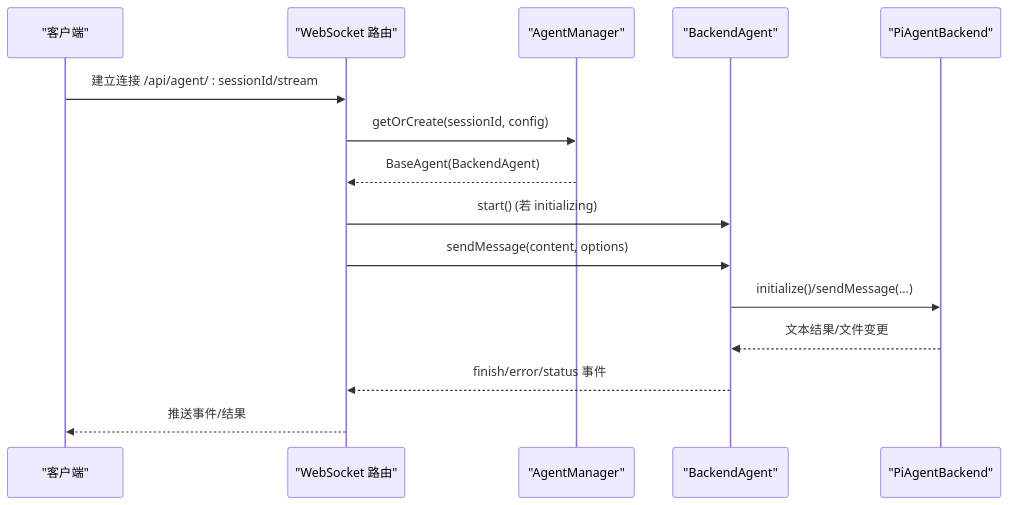
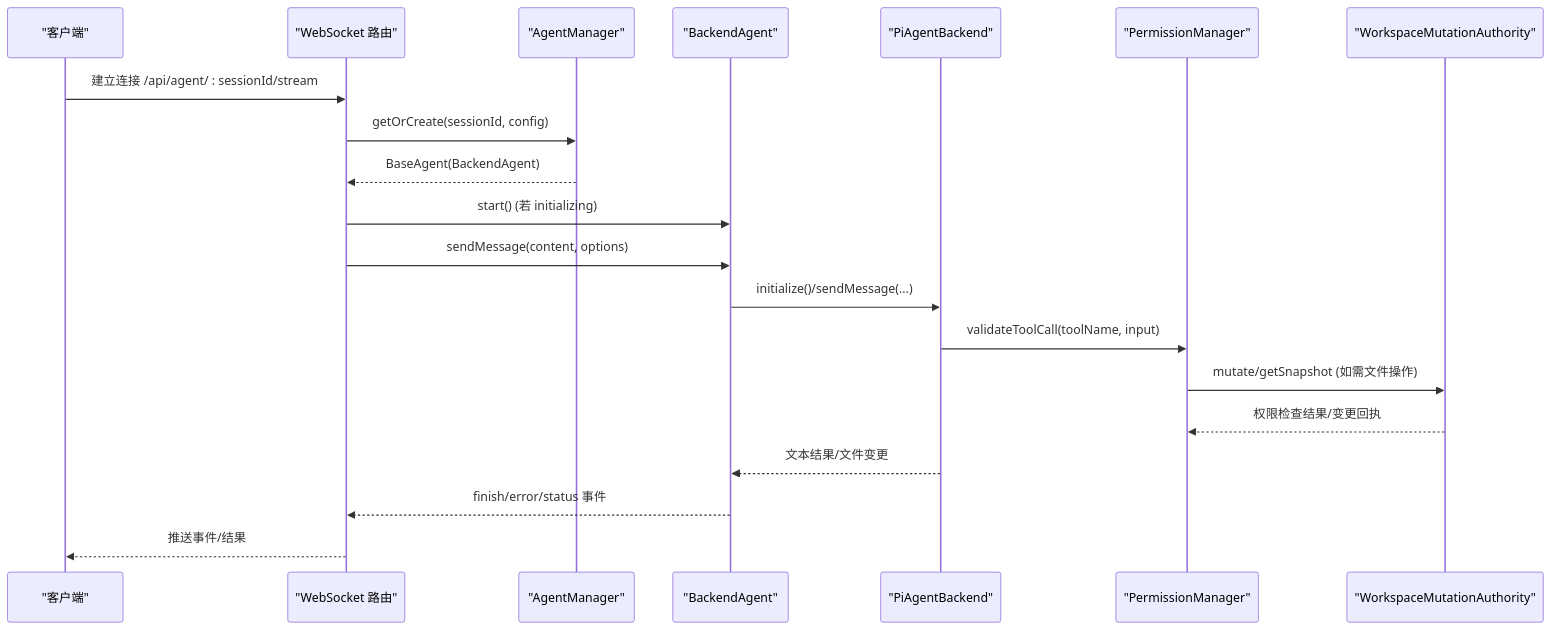
Before and after one commit to qihaogithub/workbench: the second of 9 diagrams in .qoder/repowiki/zh/content/核心服务/Agent 服务/Agent 服务.md, drawn with Mermaid. The commit also changed other lines of this file and 448 other files, not shown here.

````diff
--- a/.qoder/repowiki/zh/content/核心服务/Agent 服务/Agent 服务.md
+++ b/.qoder/repowiki/zh/content/核心服务/Agent 服务/Agent 服务.md
@@ -113,17 +136,22 @@
 ```mermaid
 sequenceDiagram
 participant C as "客户端"
 participant WS as "WebSocket 路由"
 participant AM as "AgentManager"
 participant BA as "BackendAgent"
 participant PI as "PiAgentBackend"
+participant PM as "PermissionManager"
+participant WMA as "WorkspaceMutationAuthority"
 C->>WS : 建立连接 /api/agent/ : sessionId/stream
 WS->>AM : getOrCreate(sessionId, config)
 AM-->>WS : BaseAgent(BackendAgent)
 WS->>BA : start() (若 initializing)
 WS->>BA : sendMessage(content, options)
 BA->>PI : initialize()/sendMessage(...)
+PI->>PM : validateToolCall(toolName, input)
+PM->>WMA : mutate/getSnapshot (如需文件操作)
+WMA-->>PM : 权限检查结果/变更回执
 PI-->>BA : 文本结果/文件变更
 BA-->>WS : finish/error/status 事件
 WS-->>C : 推送事件/结果
 ```
````
